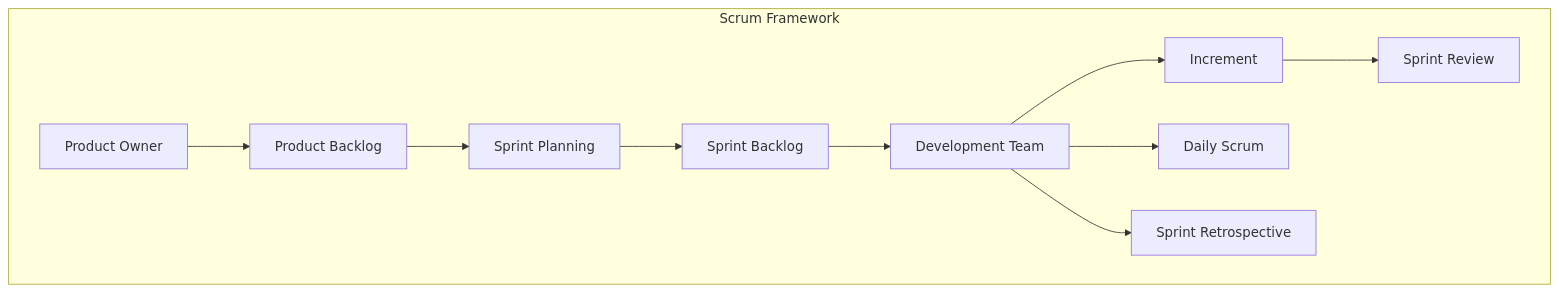
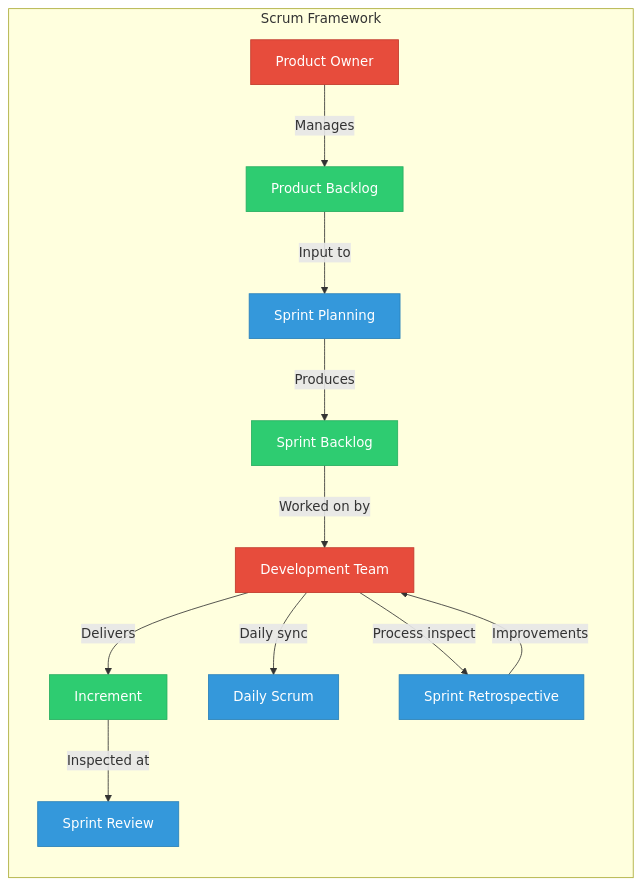
One commit to Raushan666java/ai-engineering-journey changed the seventh of 8 diagrams in docs/courses/software-engineering/01-process-models.md. Above: the diagram before and after it, drawn with Mermaid. The commit also changed other lines of this file and 15 other files, not shown here.

Commit message:
deploy: software-engineering overhaul - 16 chapters expanded to avg 1284L (+7649L), richer Mermaid, more TS, deeper content

````diff
--- a/docs/courses/software-engineering/01-process-models.md
+++ b/docs/courses/software-engineering/01-process-models.md
@@ -220,13 +292,22 @@
 ```mermaid
 graph TD
     subgraph "Scrum Framework"
-        PO[Product Owner] --> PB[Product Backlog]
-        PB --> SP[Sprint Planning]
-        SP --> SB[Sprint Backlog]
-        SB --> DEV[Development Team]
-        DEV --> INC[Increment]
-        INC --> SR[Sprint Review]
-        DEV --> DS[Daily Scrum]
-        DEV --> RETRO[Sprint Retrospective]
+        direction TB
+        PO[Product Owner] -->|Manages| PB[Product Backlog]
+        PB -->|Input to| SP[Sprint Planning]
+        SP -->|Produces| SB[Sprint Backlog]
+        SB -->|Worked on by| DEV[Development Team]
+        DEV -->|Delivers| INC[Increment]
+        INC -->|Inspected at| SR[Sprint Review]
+        DEV -->|Daily sync| DS[Daily Scrum]
+        DEV -->|Process inspect| RETRO[Sprint Retrospective]
+        RETRO -->|Improvements| DEV
     end
+
+    classDef role fill:#e74c3c,stroke:#c0392b,color:#fff
+    classDef artefact fill:#2ecc71,stroke:#27ae60,color:#fff
+    classDef event fill:#3498db,stroke:#2980b9,color:#fff
+    class PO,DEV role
+    class PB,SB,INC artefact
+    class SP,SR,DS,RETRO event
 ```
````
